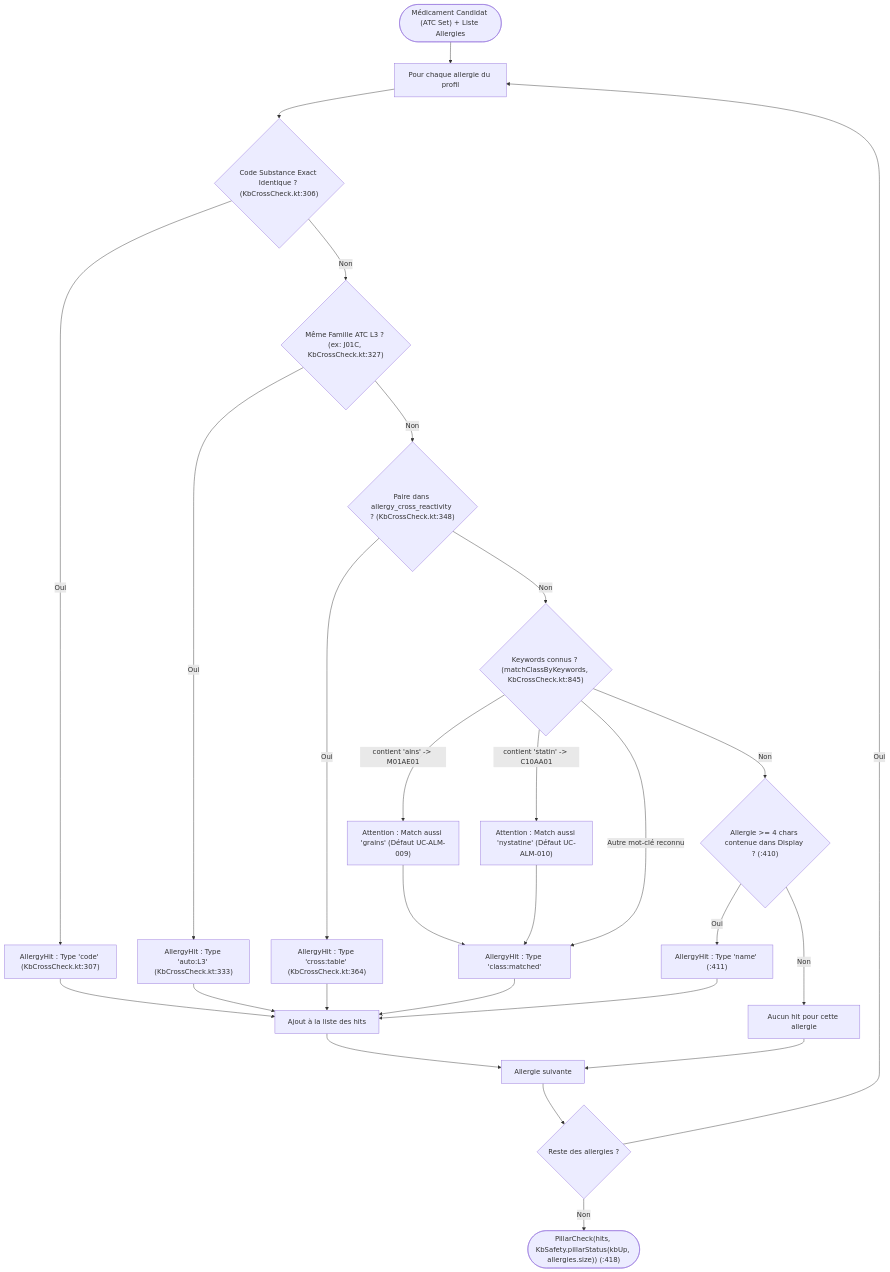
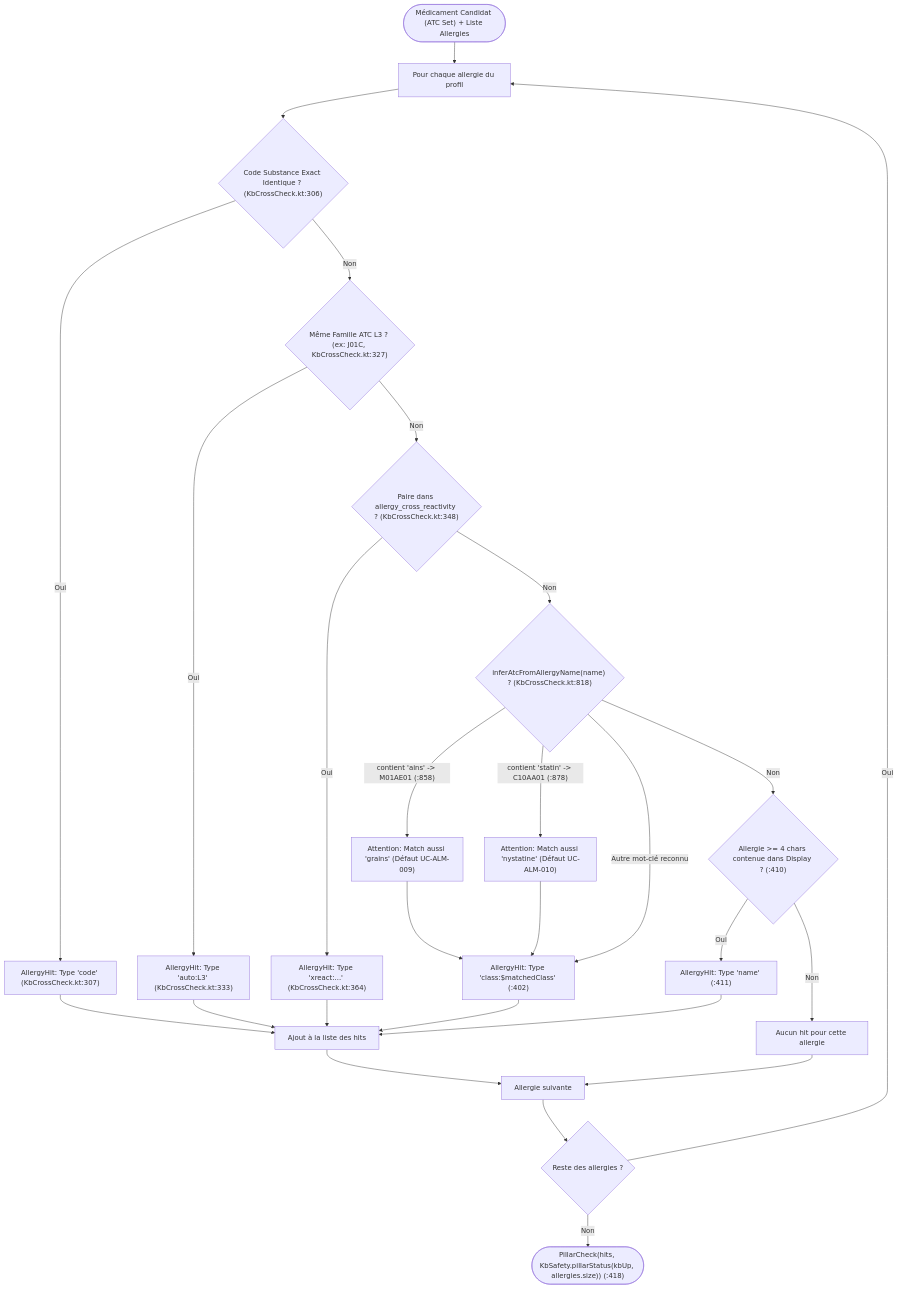
One commit to kurodohenroonsen/JemmaPass changed diagram 19 of 21 in docs/DOCUMENTATION_UML_FONCTIONNELLE.md. Above: the diagram before and after it, drawn with Mermaid. The commit also changed other lines of this file and 1 other file, not shown here.

````diff
--- a/docs/DOCUMENTATION_UML_FONCTIONNELLE.md
+++ b/docs/DOCUMENTATION_UML_FONCTIONNELLE.md
@@ -831,37 +834,37 @@
 ```mermaid
 flowchart TD
     Start(["Médicament Candidat (ATC Set) + Liste Allergies"]) --> LoopAllergies["Pour chaque allergie du profil"]
     
     LoopAllergies --> ExactCode{"Code Substance Exact Identique ? (KbCrossCheck.kt:306)"}
-    ExactCode -- Oui --> DirectHit["AllergyHit : Type 'code' (KbCrossCheck.kt:307)"]
+    ExactCode -- Oui --> DirectHit["AllergyHit: Type 'code' (KbCrossCheck.kt:307)"]
     
     ExactCode -- Non --> AutoReactivity{"Même Famille ATC L3 ? (ex: J01C, KbCrossCheck.kt:327)"}
-    AutoReactivity -- Oui --> AutoHit["AllergyHit : Type 'auto:L3' (KbCrossCheck.kt:333)"]
+    AutoReactivity -- Oui --> AutoHit["AllergyHit: Type 'auto:L3' (KbCrossCheck.kt:333)"]
     
     AutoReactivity -- Non --> CrossTable{"Paire dans allergy_cross_reactivity ? (KbCrossCheck.kt:348)"}
-    CrossTable -- Oui --> CrossHit["AllergyHit : Type 'cross:table' (KbCrossCheck.kt:364)"]
+    CrossTable -- Oui --> CrossHit["AllergyHit: Type 'xreact:...' (KbCrossCheck.kt:364)"]
     
-    CrossTable -- Non --> KeywordMatch{"Keywords connus ? (matchClassByKeywords, KbCrossCheck.kt:845)"}
-    KeywordMatch -- "contient 'ains' -> M01AE01" --> BugAins["Attention : Match aussi 'grains' (Défaut UC-ALM-009)"]
-    KeywordMatch -- "contient 'statin' -> C10AA01" --> BugStatin["Attention : Match aussi 'nystatine' (Défaut UC-ALM-010)"]
-    KeywordMatch -- "Autre mot-clé reconnu" --> KeyHit["AllergyHit : Type 'class:matched'"]
+    CrossTable -- Non --> InferAtc{"inferAtcFromAllergyName(name) ? (KbCrossCheck.kt:818)"}
+    InferAtc -- "contient 'ains' -> M01AE01 (:858)" --> BugAins["Attention: Match aussi 'grains' (Défaut UC-ALM-009)"]
+    InferAtc -- "contient 'statin' -> C10AA01 (:878)" --> BugStatin["Attention: Match aussi 'nystatine' (Défaut UC-ALM-010)"]
+    InferAtc -- "Autre mot-clé reconnu" --> ClassHit["AllergyHit: Type 'class:$matchedClass' (:402)"]
     
-    BugAins --> KeyHit
-    BugStatin --> KeyHit
+    BugAins --> ClassHit
+    BugStatin --> ClassHit
     
-    KeywordMatch -- Non --> SubstringCheck{"Allergie >= 4 chars contenue dans Display ? (:410)"}
-    SubstringCheck -- Oui --> SubstringHit["AllergyHit : Type 'name' (:411)"]
+    InferAtc -- Non --> SubstringCheck{"Allergie >= 4 chars contenue dans Display ? (:410)"}
+    SubstringCheck -- Oui --> SubstringHit["AllergyHit: Type 'name' (:411)"]
     SubstringCheck -- Non --> NoHit["Aucun hit pour cette allergie"]
     
     DirectHit --> Collect["Ajout à la liste des hits"]
     AutoHit --> Collect
     CrossHit --> Collect
-    KeyHit --> Collect
+    ClassHit --> Collect
     SubstringHit --> Collect
     NoHit --> NextAllergy["Allergie suivante"]
     Collect --> NextAllergy
     
     NextAllergy --> Remaining{"Reste des allergies ?"}
     Remaining -- Oui --> LoopAllergies
     Remaining -- Non --> Finish(["PillarCheck(hits, KbSafety.pillarStatus(kbUp, allergies.size)) (:418)"])
 ```
````
